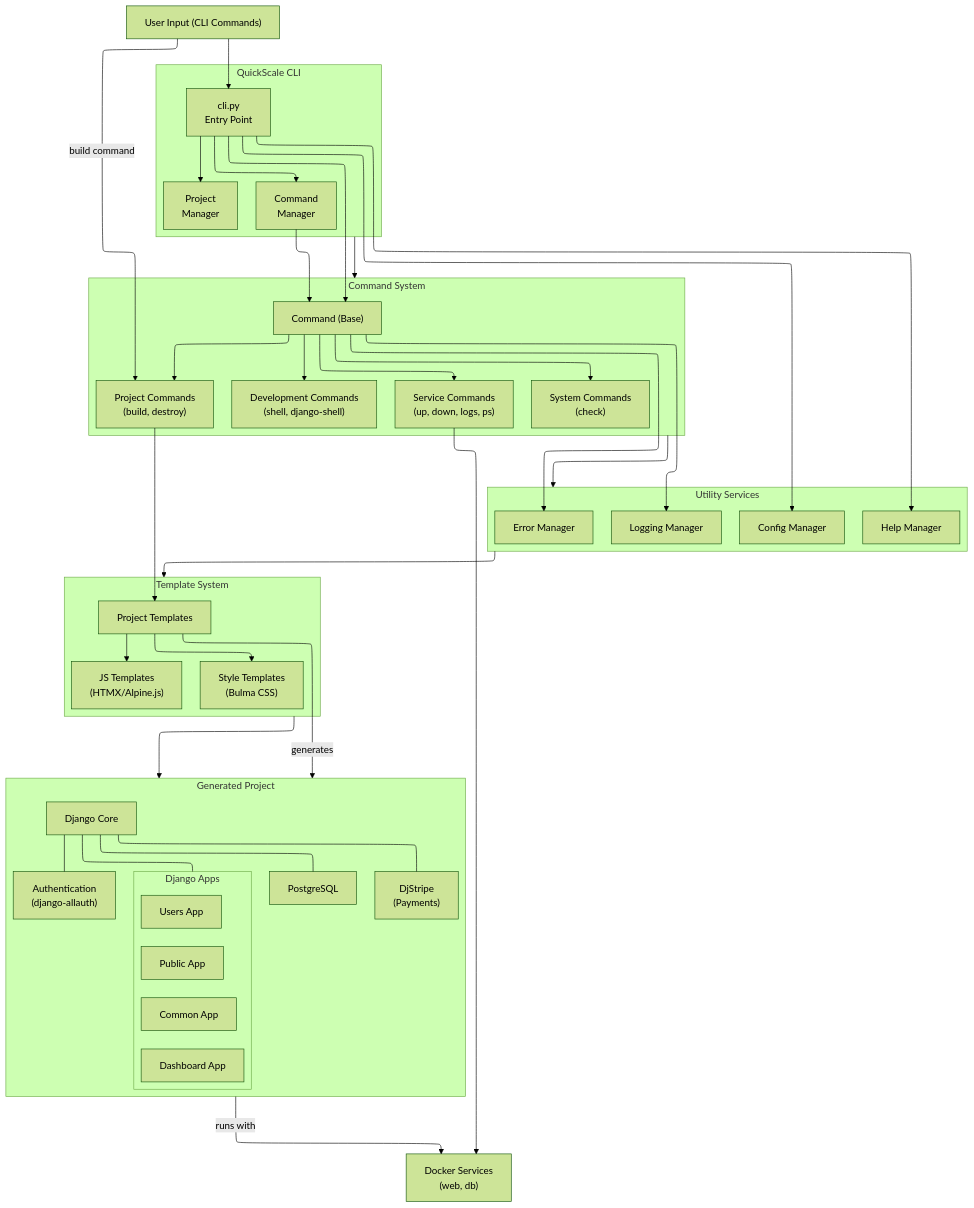
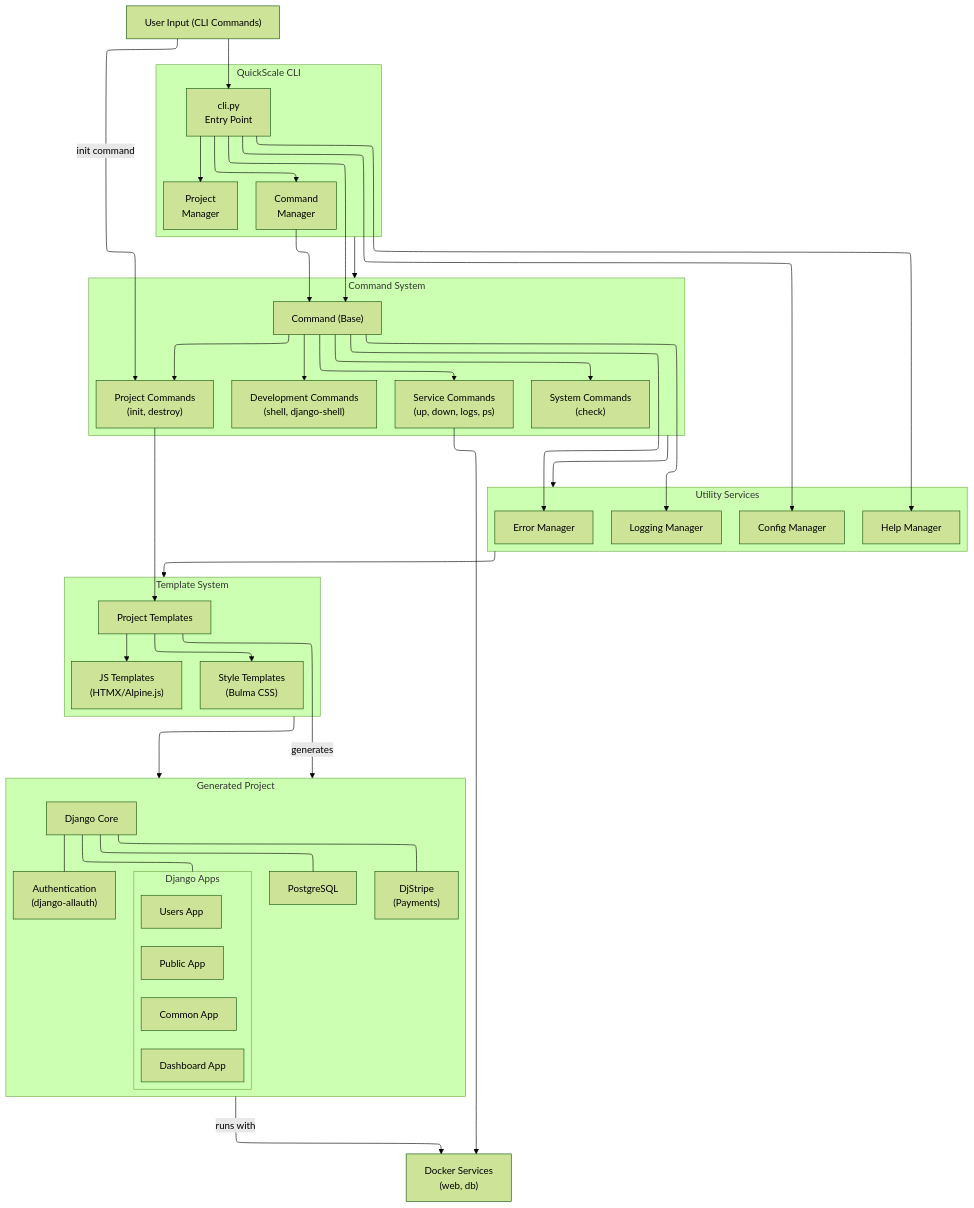
One commit to Experto-AI/quickscale changed the first of 7 diagrams in TECHNICAL_DOCS.md. Above: the diagram before and after it, drawn with Mermaid (forest theme). The commit also changed other lines of this file and 104 other files, not shown here.

````diff
--- a/TECHNICAL_DOCS.md
+++ b/TECHNICAL_DOCS.md
@@ -88,64 +121,64 @@
 ```mermaid
 ---
 config:
   layout: elk
 ---
 flowchart TD
  subgraph CLI["QuickScale CLI"]
     direction TB
         command_manager["Command<br>Manager"]
         cli["cli.py<br>Entry Point"]
         project_manager["Project<br>Manager"]
   end
  subgraph Commands["Command System"]
     direction TB
         command_base["Command (Base)"]
-        project_commands["Project Commands<br>(build, destroy)"]
+        project_commands["Project Commands<br>(init, destroy)"]
         service_commands["Service Commands<br>(up, down, logs, ps)"]
         dev_commands["Development Commands<br>(shell, django-shell)"]
         system_commands["System Commands<br>(check)"]
   end
  subgraph Utilities["Utility Services"]
     direction TB
         error_manager["Error Manager"]
         logging_manager["Logging Manager"]
         help_manager["Help Manager"]
         config_manager["Config Manager"]
   end
  subgraph Templates["Template System"]
     direction TB
         templates["Project Templates"]
         style_templates["Style Templates<br>(Bulma CSS)"]
         js_templates["JS Templates<br>(HTMX/Alpine.js)"]
   end
  subgraph Apps["Django Apps"]
     direction TB
         public_app["Public App"]
         users_app["Users App"]
         dashboard_app["Dashboard App"]
         common_app["Common App"]
   end
  subgraph Generated["Generated Project"]
     direction TB
         django_core["Django Core"]
         database["PostgreSQL"]
         auth["Authentication<br>(django-allauth)"]
         djstripe["DjStripe<br>(Payments)"]
         Apps
   end
     user_input["User Input (CLI Commands)"] --> cli
     cli --> command_manager & project_manager & command_base & help_manager & config_manager
-    user_input -- build command --> project_commands
+    user_input -- init command --> project_commands
     command_manager --> command_base
     command_base --> project_commands & service_commands & dev_commands & system_commands & error_manager & logging_manager
     templates --> style_templates & js_templates
     project_commands --> templates
     django_core --- database & auth & djstripe & Apps
     templates -- generates --> Generated
     Generated -- runs with --> docker["Docker Services<br>(web, db)"]
     service_commands --> docker
     CLI --> Commands
     Commands --> Utilities
     Utilities --> Templates
     Templates --> Generated
 ```
````
